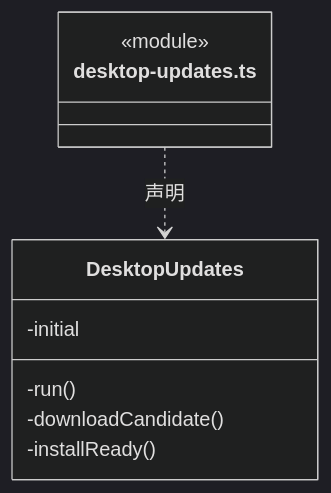
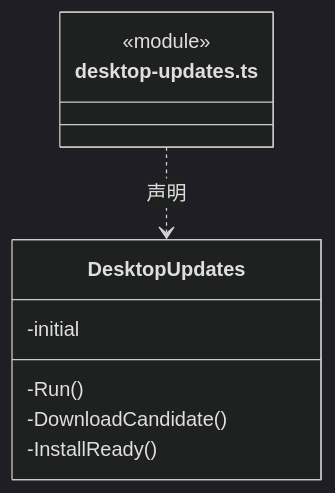
Before and after one commit to nan023062/cbim: the third of 28 diagrams in src/logic/updates/service/ARCHITECTURE.md, drawn with Mermaid (dark theme). The commit also changed other lines of this file and 1035 other files, not shown here.

````diff
--- a/src/logic/updates/service/ARCHITECTURE.md
+++ b/src/logic/updates/service/ARCHITECTURE.md
@@ -91,13 +91,13 @@
 ```mermaid
 classDiagram
 class N_src_logic_updates_service_desktop_updates_ts["desktop-updates.ts"] {
   <<module>>
 }
 class N_src_logic_updates_service_desktop_updates_ts_DesktopUpdates["DesktopUpdates"] {
   -initial
-  -run()
-  -downloadCandidate()
-  -installReady()
+  -Run()
+  -DownloadCandidate()
+  -InstallReady()
 }
 N_src_logic_updates_service_desktop_updates_ts ..> N_src_logic_updates_service_desktop_updates_ts_DesktopUpdates : 声明
 ```
````
